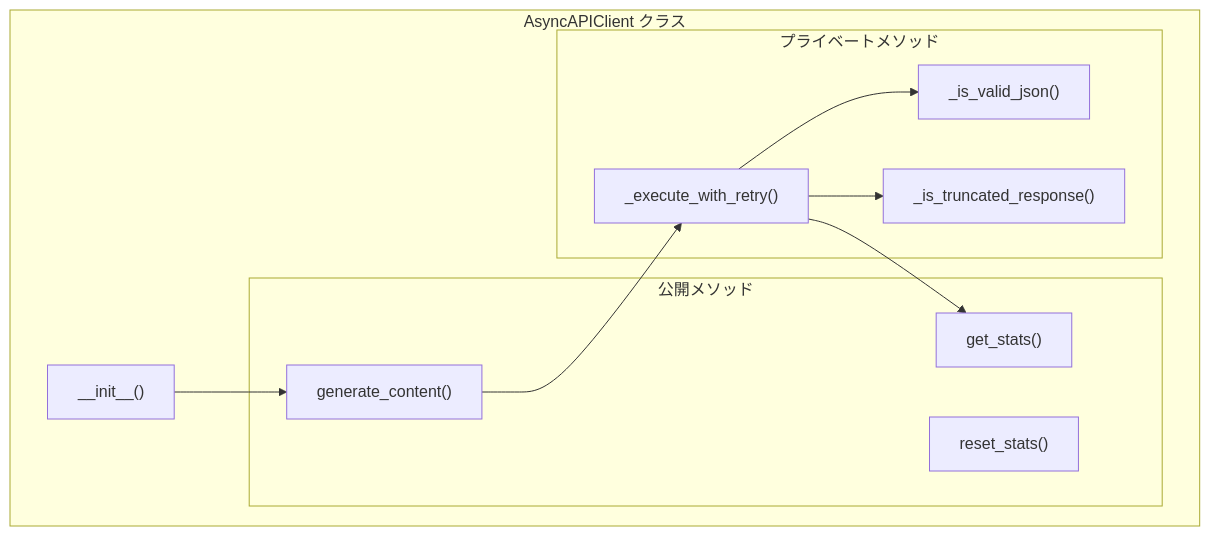
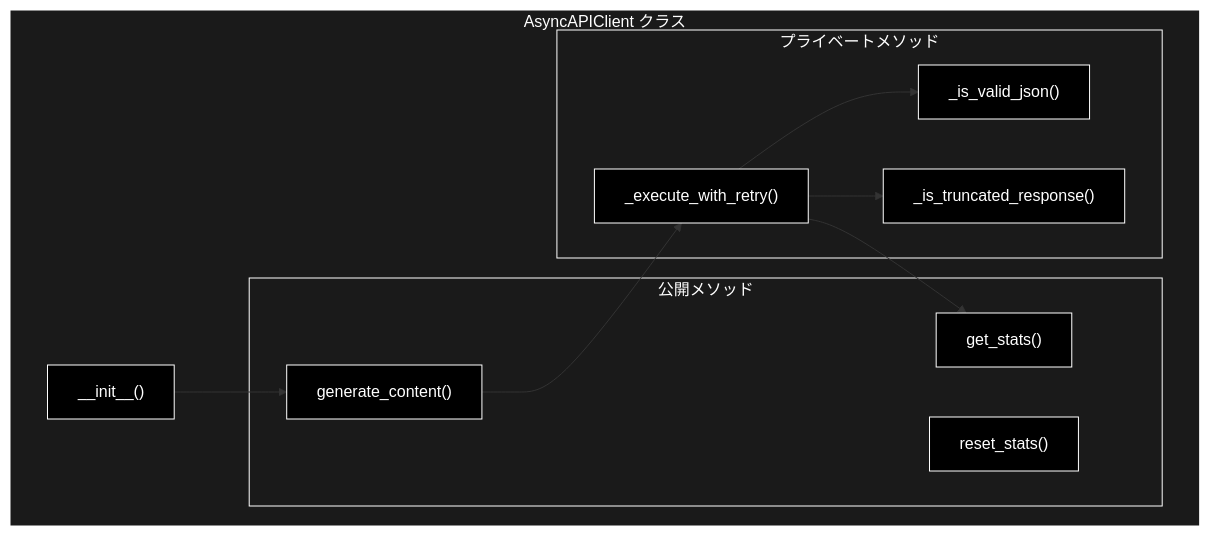
Before and after one commit to nakashima2toshio/grace_v2_local: the second of 5 diagrams in chunking/docs/async_api_client.md, drawn with Mermaid. The commit also changed other lines of this file and 4 other files, not shown here.

First line of the commit message:
docs: Mermaid 26 図に黒背景スタイルを適用する

````diff
--- a/chunking/docs/async_api_client.md
+++ b/chunking/docs/async_api_client.md
@@ -98,24 +104,30 @@
 ```mermaid
 flowchart TB
     subgraph ASYNC_CLIENT["AsyncAPIClient クラス"]
         INIT["__init__()"]
 
         subgraph PUBLIC["公開メソッド"]
             GEN["generate_content()"]
             STATS["get_stats()"]
             RESET["reset_stats()"]
         end
 
         subgraph PRIVATE["プライベートメソッド"]
             RETRY["_execute_with_retry()"]
             VALID_JSON["_is_valid_json()"]
             TRUNCATED["_is_truncated_response()"]
         end
     end
 
     INIT --> GEN
     GEN --> RETRY
     RETRY --> VALID_JSON
     RETRY --> TRUNCATED
     RETRY --> STATS
+classDef default fill:#000,stroke:#fff,color:#fff
+classDef subgraphStyle fill:#1a1a1a,stroke:#fff,color:#fff
+class INIT,GEN,STATS,RESET,RETRY,VALID_JSON,TRUNCATED default
+style ASYNC_CLIENT fill:#1a1a1a,stroke:#fff,color:#fff
+style PUBLIC fill:#1a1a1a,stroke:#fff,color:#fff
+style PRIVATE fill:#1a1a1a,stroke:#fff,color:#fff
 ```
````
